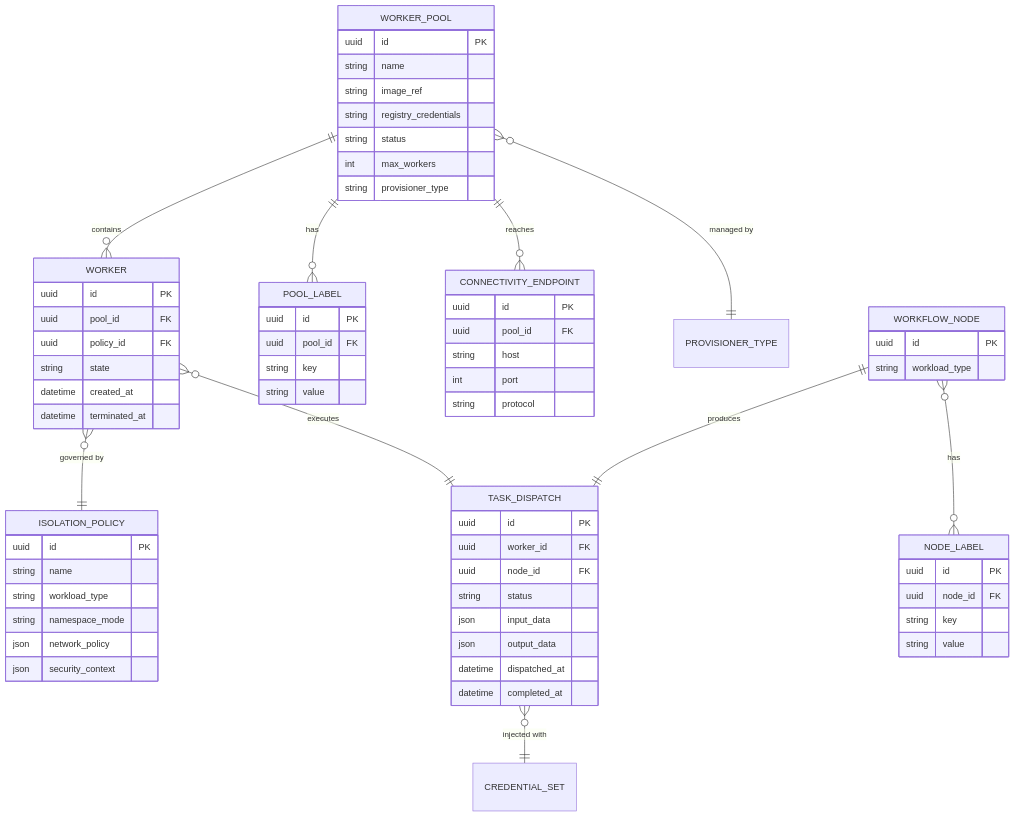
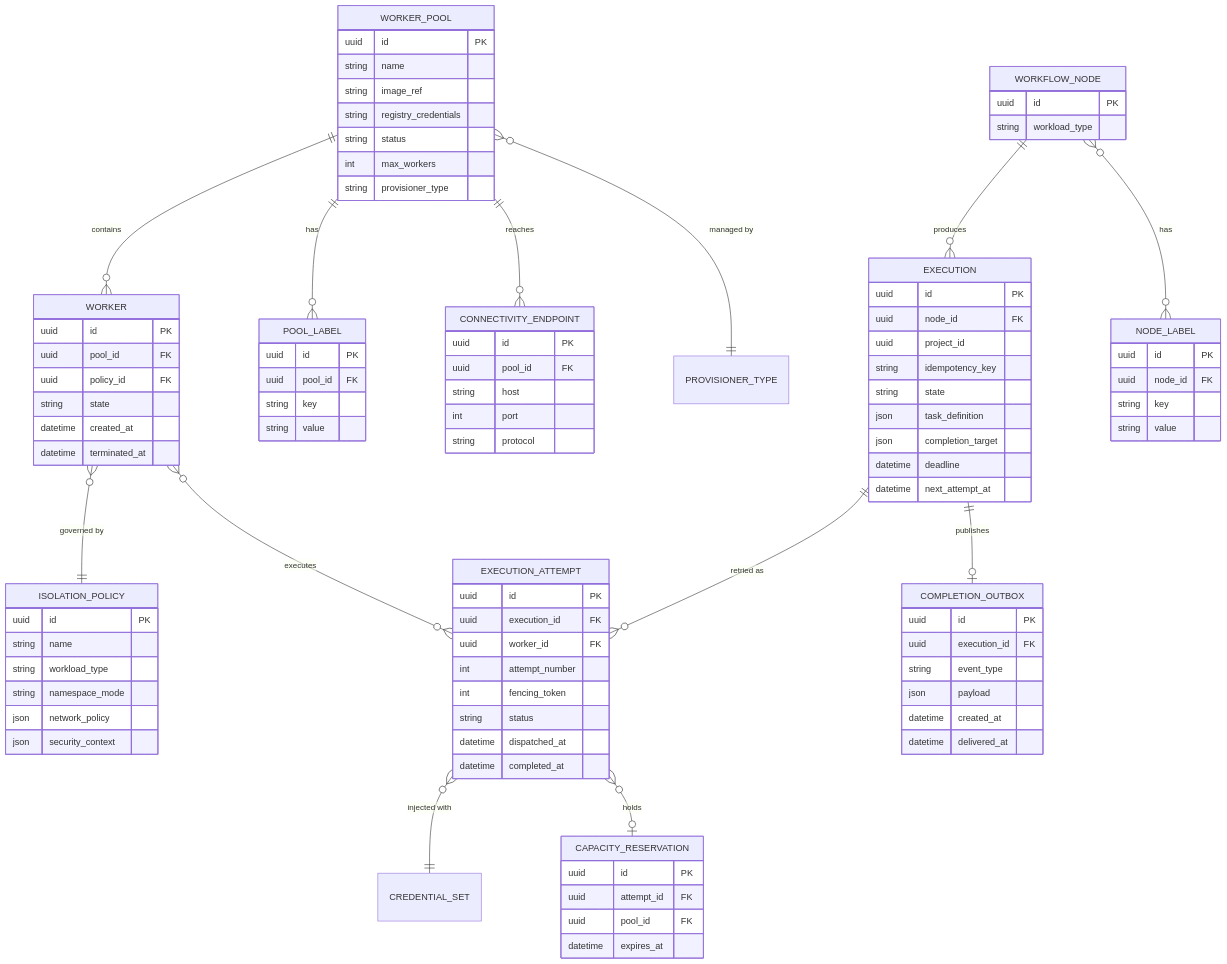
Before and after one commit to manstis/syntara: diagram 16 of 16 in backend/docs/execution-plane.md, drawn with Mermaid. The commit also changed other lines of this file, not shown here.

```diff
--- a/backend/docs/execution-plane.md
+++ b/backend/docs/execution-plane.md
@@ -709,12 +765,15 @@
     WORKER_POOL }o--|| PROVISIONER_TYPE : "managed by"
 
     WORKER }o--|| ISOLATION_POLICY : "governed by"
-    WORKER }o--|| TASK_DISPATCH : "executes"
+    WORKER }o--o{ EXECUTION_ATTEMPT : "executes"
 
-    TASK_DISPATCH }o--|| CREDENTIAL_SET : "injected with"
+    EXECUTION ||--o{ EXECUTION_ATTEMPT : "retried as"
+    EXECUTION ||--o| COMPLETION_OUTBOX : "publishes"
+    EXECUTION_ATTEMPT }o--|| CREDENTIAL_SET : "injected with"
+    EXECUTION_ATTEMPT }o--o| CAPACITY_RESERVATION : "holds"
 
     WORKFLOW_NODE }o--o{ NODE_LABEL : has
-    WORKFLOW_NODE ||--|| TASK_DISPATCH : "produces"
+    WORKFLOW_NODE ||--o{ EXECUTION : "produces"
 
     WORKER_POOL {
         uuid id PK
@@ -759,15 +818,43 @@
         json security_context
     }
 
-    TASK_DISPATCH {
+    EXECUTION {
         uuid id PK
+        uuid node_id FK
+        uuid project_id
+        string idempotency_key
+        string state
+        json task_definition
+        json completion_target
+        datetime deadline
+        datetime next_attempt_at
+    }
+
+    EXECUTION_ATTEMPT {
+        uuid id PK
+        uuid execution_id FK
         uuid worker_id FK
-        uuid node_id FK
+        int attempt_number
+        int fencing_token
         string status
-        json input_data
-        json output_data
         datetime dispatched_at
         datetime completed_at
+    }
+
+    CAPACITY_RESERVATION {
+        uuid id PK
+        uuid attempt_id FK
+        uuid pool_id FK
+        datetime expires_at
+    }
+
+    COMPLETION_OUTBOX {
+        uuid id PK
+        uuid execution_id FK
+        string event_type
+        json payload
+        datetime created_at
+        datetime delivered_at
     }
 
     WORKFLOW_NODE {
```
